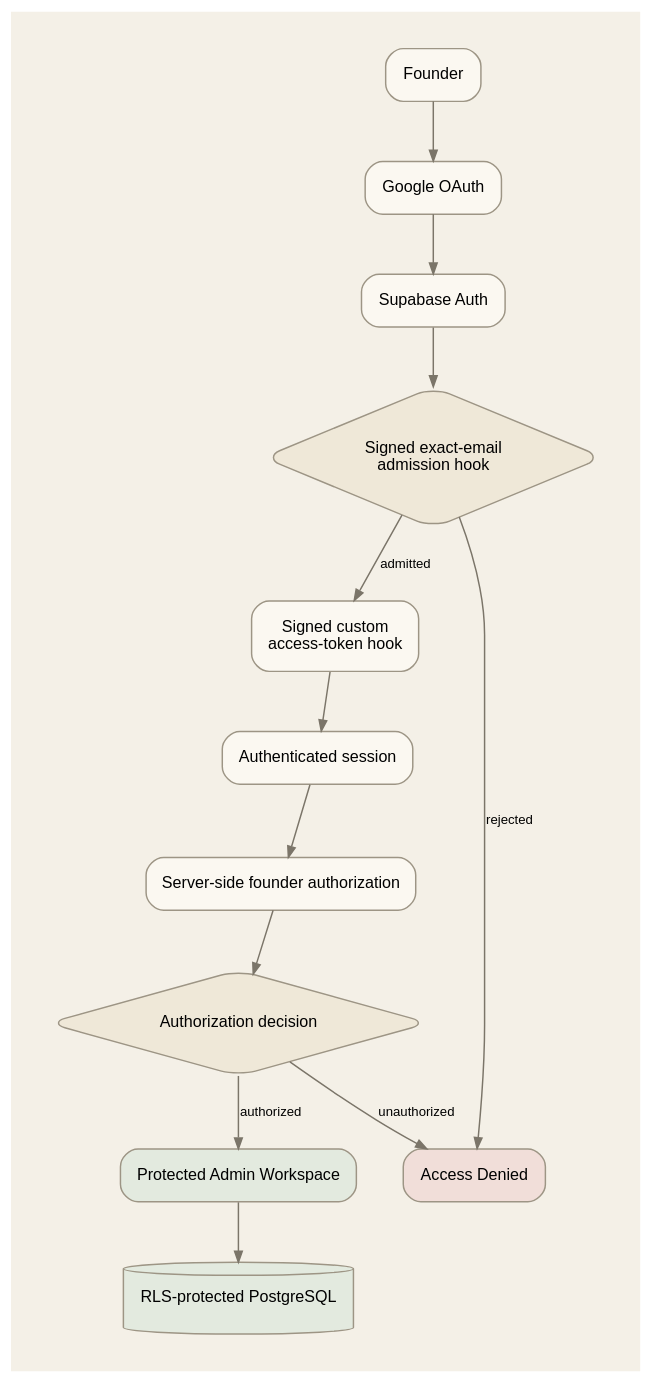
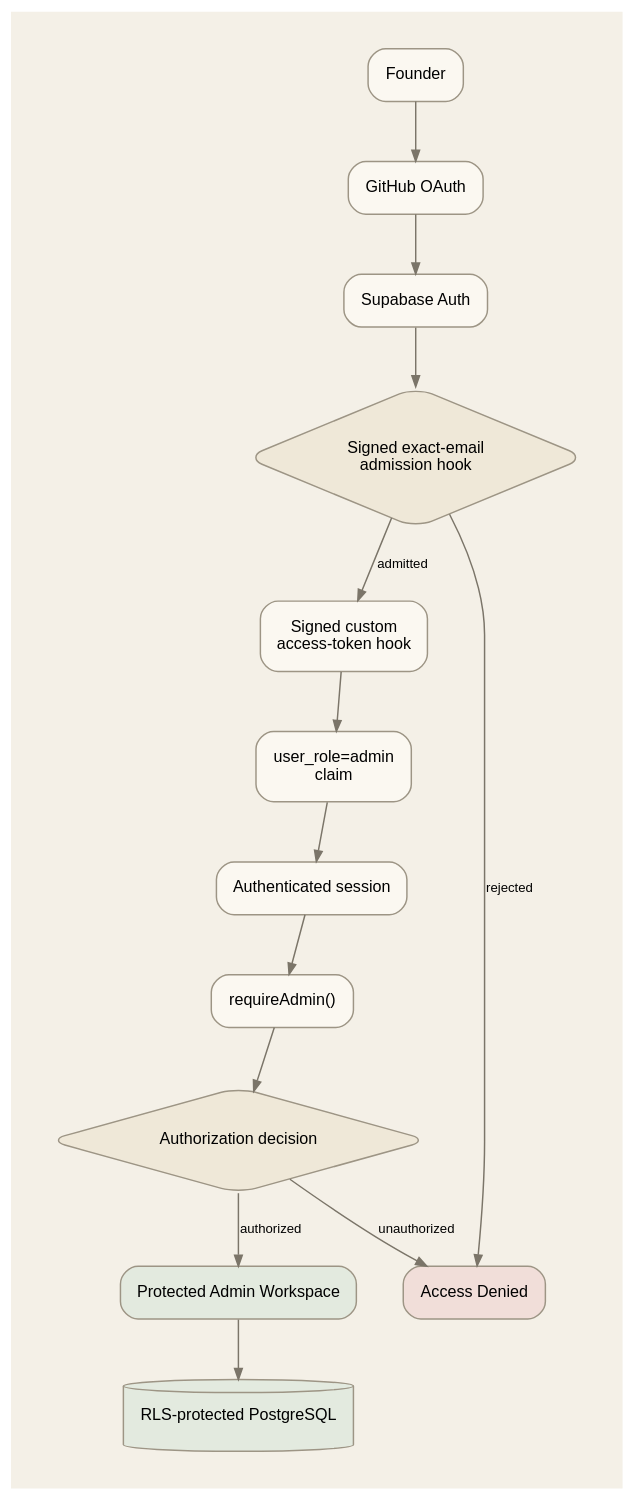
One commit to kirankumar-727/subtext changed the diagram in docs/authentication/authentication-flow.dot. Above: the diagram before and after it, drawn with Graphviz. The commit also changed 36 other files, not shown here.

```diff
--- a/docs/authentication/authentication-flow.dot
+++ b/docs/authentication/authentication-flow.dot
@@ -1,27 +1,29 @@
 digraph AuthenticationFlow {
   graph [rankdir="TB", bgcolor="#f4f0e7", pad="0.35", nodesep="0.35", ranksep="0.55"];
   node [shape="box", style="rounded,filled", fillcolor="#fbf8f1", color="#9d9585", fontname="Arial", fontsize="11", margin="0.16"];
   edge [color="#7b7569", fontname="Arial", fontsize="9", arrowsize="0.75"];
 
   Founder [label="Founder"];
-  Google [label="Google OAuth"];
+  GitHub [label="GitHub OAuth"];
   Supabase [label="Supabase Auth"];
   Admission [label="Signed exact-email
 admission hook", shape="diamond", fillcolor="#efe8d8"];
   TokenHook [label="Signed custom
 access-token hook"];
+  RoleClaim [label="user_role=admin
+claim"];
   Session [label="Authenticated session"];
-  ServerCheck [label="Server-side founder authorization"];
+  RequireAdmin [label="requireAdmin()"];
   Decision [label="Authorization decision", shape="diamond", fillcolor="#efe8d8"];
   Admin [label="Protected Admin Workspace", fillcolor="#e3eadf"];
   RLS [label="RLS-protected PostgreSQL", shape="cylinder", fillcolor="#e3eadf"];
   Denied [label="Access Denied", fillcolor="#f1ded9"];
 
-  Founder -> Google -> Supabase -> Admission;
+  Founder -> GitHub -> Supabase -> Admission;
   Admission -> Denied [label="rejected"];
   Admission -> TokenHook [label="admitted"];
-  TokenHook -> Session -> ServerCheck -> Decision;
+  TokenHook -> RoleClaim -> Session -> RequireAdmin -> Decision;
   Decision -> Denied [label="unauthorized"];
   Decision -> Admin [label="authorized"];
   Admin -> RLS;
 }
```
